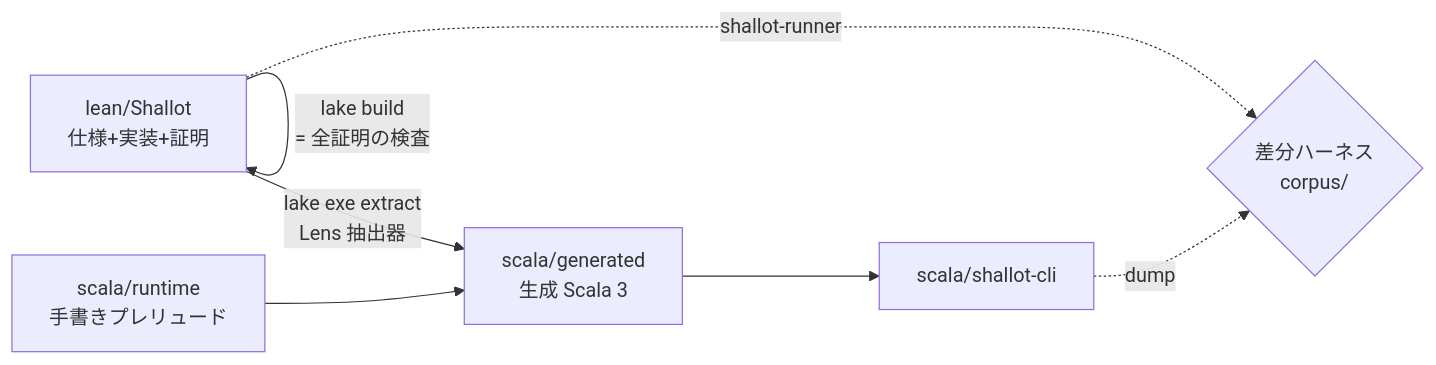
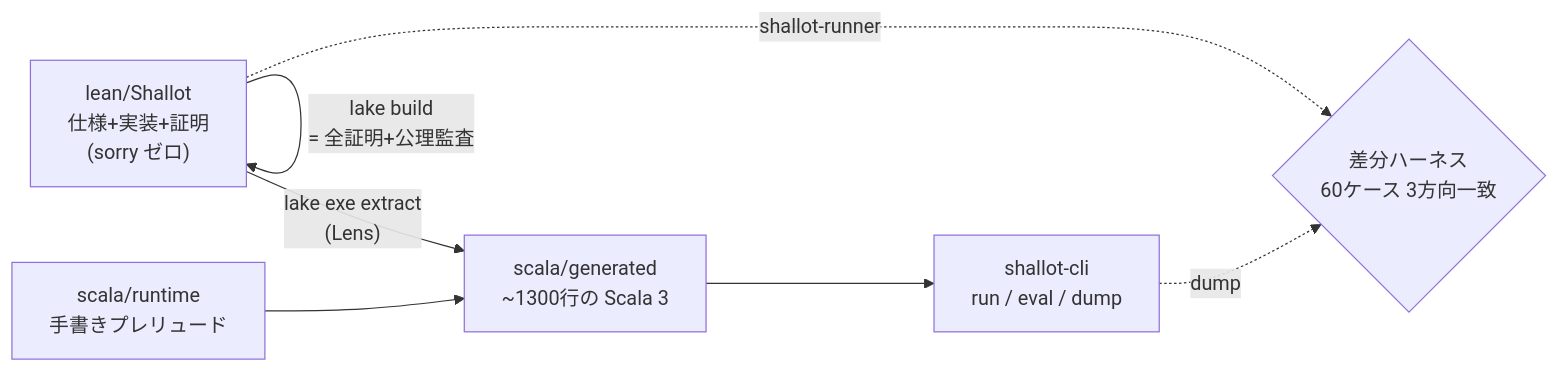
One commit to kmizu/lean4-claude-code changed the diagram in README.md. Above: the diagram before and after it, drawn with Mermaid. The commit also changed other lines of this file, not shown here.

Commit message:
docs: final README — architecture, proven-theorem highlights, quickstart, scale, TCB

````diff
--- a/README.md
+++ b/README.md
@@ -10,9 +12,9 @@
 ```mermaid
 flowchart LR
-    S[lean/Shallot\n仕様+実装+証明] -->|lake build\n= 全証明の検査| S
-    S -->|lake exe extract\nLens 抽出器| G[scala/generated\n生成 Scala 3]
-    R[scala/runtime\n手書きプレリュード] --> G
-    G --> C[scala/shallot-cli]
-    S -.->|shallot-runner| D{差分ハーネス\ncorpus/}
+    S["lean/Shallot<br/>仕様+実装+証明<br/>(sorry ゼロ)"] -->|"lake build<br/>= 全証明+公理監査"| S
+    S -->|"lake exe extract<br/>(Lens)"| G["scala/generated<br/>~1300行の Scala 3"]
+    R["scala/runtime<br/>手書きプレリュード"] --> G
+    G --> C["shallot-cli<br/>run / eval / dump"]
+    S -.->|shallot-runner| D{"差分ハーネス<br/>60ケース 3方向一致"}
     C -.->|dump| D
 ```
````
